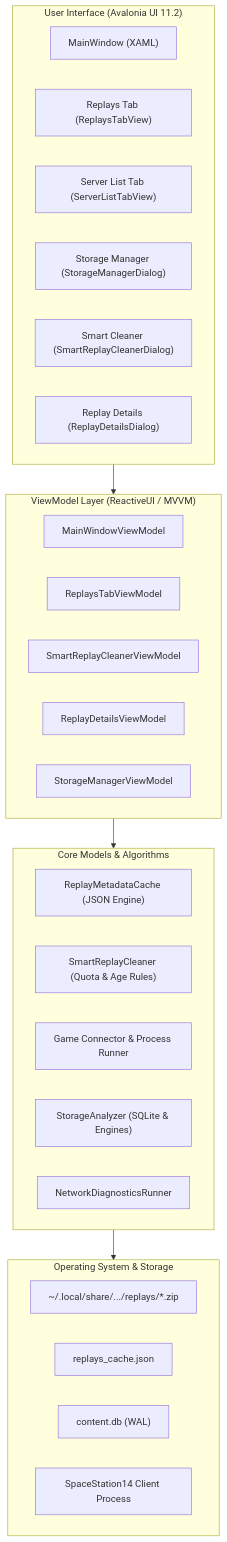
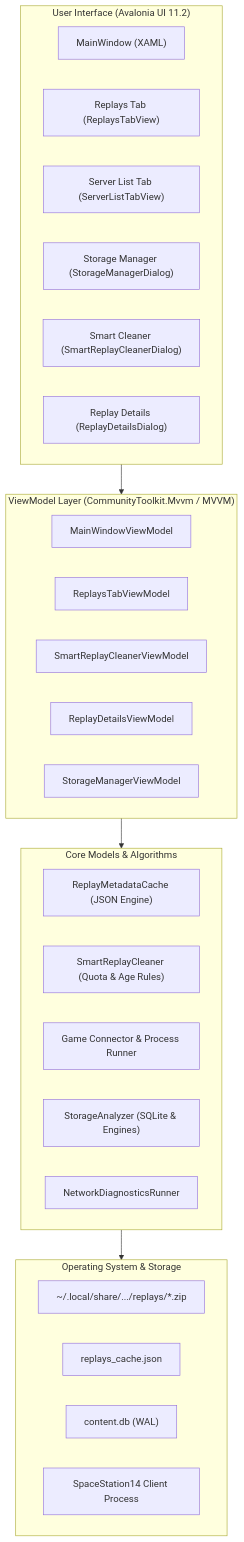
The diagram in README.en.md (MeiDoto/SS14.Launcher), drawn with Mermaid before and after one commit. The commit also changed other lines of this file and 12 other files, not shown here.

````diff
--- a/README.en.md
+++ b/README.en.md
@@ -97,38 +97,38 @@
 ```mermaid
 flowchart TD
     subgraph UI ["User Interface (Avalonia UI 11.2)"]
         MainWindow["MainWindow (XAML)"]
         ReplaysTab["Replays Tab (ReplaysTabView)"]
         ServerListTab["Server List Tab (ServerListTabView)"]
         StorageDialog["Storage Manager (StorageManagerDialog)"]
         CleanerDialog["Smart Cleaner (SmartReplayCleanerDialog)"]
         DetailsDialog["Replay Details (ReplayDetailsDialog)"]
     end
 
-    subgraph ViewModels ["ViewModel Layer (ReactiveUI / MVVM)"]
+    subgraph ViewModels ["ViewModel Layer (CommunityToolkit.Mvvm / MVVM)"]
         MainVM["MainWindowViewModel"]
         ReplaysVM["ReplaysTabViewModel"]
         CleanerVM["SmartReplayCleanerViewModel"]
         DetailsVM["ReplayDetailsViewModel"]
         StorageVM["StorageManagerViewModel"]
     end
 
     subgraph Core ["Core Models & Algorithms"]
         Cache["ReplayMetadataCache (JSON Engine)"]
         Cleaner["SmartReplayCleaner (Quota & Age Rules)"]
         Connector["Game Connector & Process Runner"]
         StorageAnalyzer["StorageAnalyzer (SQLite & Engines)"]
         NetDiag["NetworkDiagnosticsRunner"]
     end
 
     subgraph OS ["Operating System & Storage"]
         DiskReplays["~/.local/share/.../replays/*.zip"]
         DiskCache["replays_cache.json"]
         SQLiteDB["content.db (WAL)"]
         GameProc["SpaceStation14 Client Process"]
     end
 
     UI --> ViewModels
     ViewModels --> Core
     Core --> OS
 ```
````
